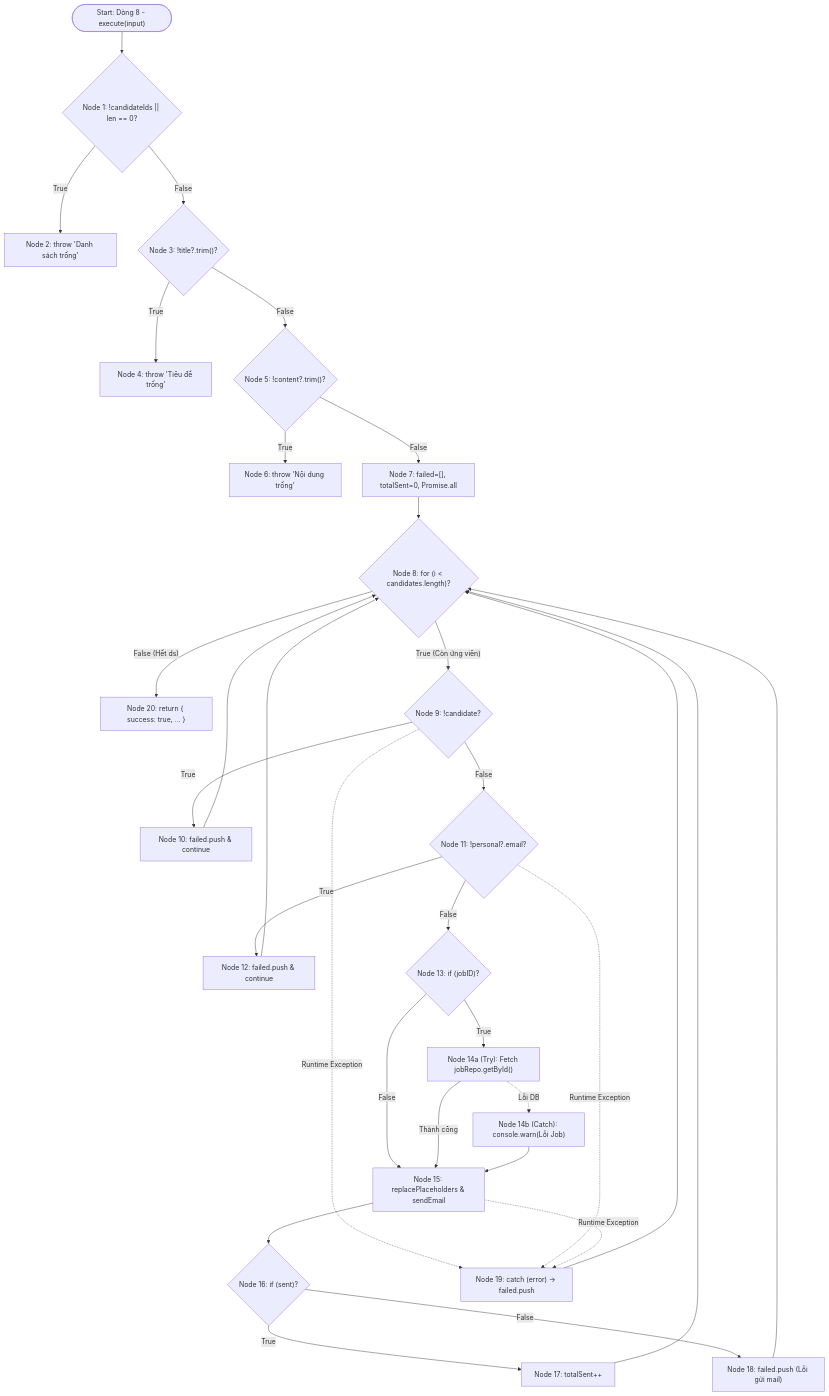
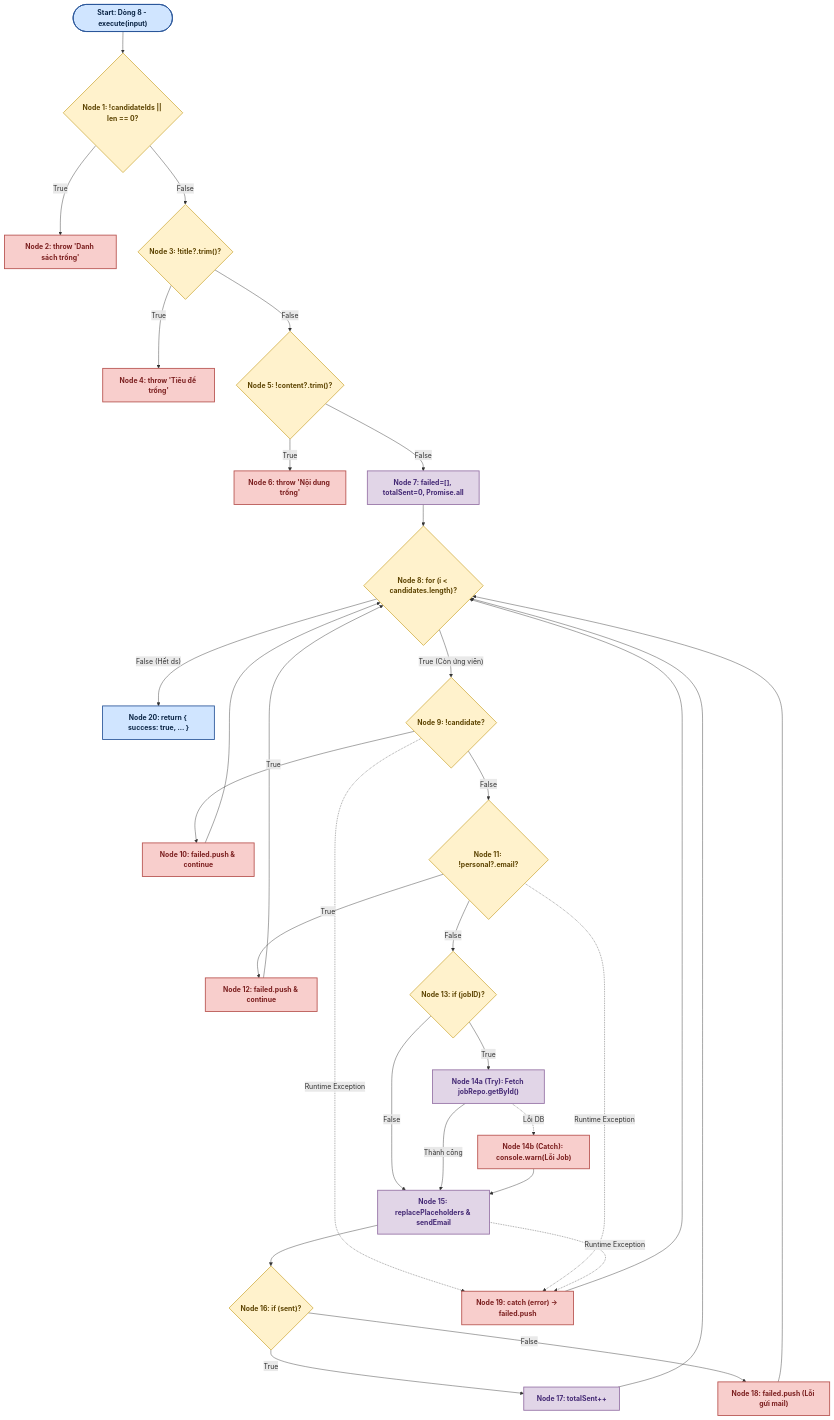
Before and after one commit to pvhung2112/cse462-testing: the first of 2 diagrams in hop-trang/KiemThuHopTrang_UC09_TuDongHoaGuiEmail.md, drawn with Mermaid. The commit also changed other lines of this file and 5 other files, not shown here.

Commit message:
feat(uc09): them do thi CFG C1/C2 va C3 truc quan, phan ra Node 1a/1b va styled Mermaid tren GitHub

````diff
--- a/hop-trang/KiemThuHopTrang_UC09_TuDongHoaGuiEmail.md
+++ b/hop-trang/KiemThuHopTrang_UC09_TuDongHoaGuiEmail.md
@@ -181,46 +183,52 @@
 ```mermaid
 flowchart TD
-    Start(["Start: Dòng 8 - execute(input)"]) --> N1{"Node 1: !candidateIds || len == 0?"}
+    %% Định nghĩa bảng màu trực quan chuẩn kiểm thử đồ thị
+    classDef startEnd fill:#D0E5FF,stroke:#2B579A,stroke-width:2px,color:#0B2545,font-weight:bold;
+    classDef decision fill:#FFF2CC,stroke:#D6B656,stroke-width:2px,color:#5C4300,font-weight:bold;
+    classDef process fill:#E1D5E7,stroke:#9673A6,stroke-width:2px,color:#432874,font-weight:bold;
+    classDef exception fill:#F8CECC,stroke:#B85450,stroke-width:2px,color:#7A1E1E,font-weight:bold;
+
+    Start(["Start: Dòng 8 - execute(input)"]):::startEnd --> N1{"Node 1: !candidateIds || len == 0?"}:::decision
     
-    N1 -- "True" --> N2["Node 2: throw 'Danh sách trống'"]
-    N1 -- "False" --> N3{"Node 3: !title?.trim()?"}
+    N1 -- "True" --> N2["Node 2: throw 'Danh sách trống'"]:::exception
+    N1 -- "False" --> N3{"Node 3: !title?.trim()?"}:::decision
     
-    N3 -- "True" --> N4["Node 4: throw 'Tiêu đề trống'"]
-    N3 -- "False" --> N5{"Node 5: !content?.trim()?"}
+    N3 -- "True" --> N4["Node 4: throw 'Tiêu đề trống'"]:::exception
+    N3 -- "False" --> N5{"Node 5: !content?.trim()?"}:::decision
     
-    N5 -- "True" --> N6["Node 6: throw 'Nội dung trống'"]
-    N5 -- "False" --> N7["Node 7: failed=[], totalSent=0, Promise.all"]
+    N5 -- "True" --> N6["Node 6: throw 'Nội dung trống'"]:::exception
+    N5 -- "False" --> N7["Node 7: failed=[], totalSent=0, Promise.all"]:::process
     
-    N7 --> N8{"Node 8: for (i < candidates.length)?"}
+    N7 --> N8{"Node 8: for (i < candidates.length)?"}:::decision
     
-    N8 -- "False (Hết ds)" --> N20["Node 20: return { success: true, ... }"]
-    N8 -- "True (Còn ứng viên)" --> N9{"Node 9: !candidate?"}
+    N8 -- "False (Hết ds)" --> N20["Node 20: return { success: true, ... }"]:::startEnd
+    N8 -- "True (Còn ứng viên)" --> N9{"Node 9: !candidate?"}:::decision
     
-    N9 -- "True" --> N10["Node 10: failed.push & continue"]
+    N9 -- "True" --> N10["Node 10: failed.push & continue"]:::exception
     N10 --> N8
     
-    N9 -- "False" --> N11{"Node 11: !personal?.email?"}
-    N11 -- "True" --> N12["Node 12: failed.push & continue"]
+    N9 -- "False" --> N11{"Node 11: !personal?.email?"}:::decision
+    N11 -- "True" --> N12["Node 12: failed.push & continue"]:::exception
     N12 --> N8
     
-    N11 -- "False" --> N13{"Node 13: if (jobID)?"}
-    N13 -- "True" --> N14a["Node 14a (Try): Fetch jobRepo.getById()"]
-    N13 -- "False" --> N15["Node 15: replacePlaceholders & sendEmail"]
+    N11 -- "False" --> N13{"Node 13: if (jobID)?"}:::decision
+    N13 -- "True" --> N14a["Node 14a (Try): Fetch jobRepo.getById()"]:::process
+    N13 -- "False" --> N15["Node 15: replacePlaceholders & sendEmail"]:::process
     
     N14a -- "Thành công" --> N15
-    N14a -. "Lỗi DB" .-> N14b["Node 14b (Catch): console.warn(Lỗi Job)"]
+    N14a -. "Lỗi DB" .-> N14b["Node 14b (Catch): console.warn(Lỗi Job)"]:::exception
     N14b --> N15
     
-    N15 --> N16{"Node 16: if (sent)?"}
+    N15 --> N16{"Node 16: if (sent)?"}:::decision
     
-    N16 -- "True" --> N17["Node 17: totalSent++"]
-    N16 -- "False" --> N18["Node 18: failed.push (Lỗi gửi mail)"]
+    N16 -- "True" --> N17["Node 17: totalSent++"]:::process
+    N16 -- "False" --> N18["Node 18: failed.push (Lỗi gửi mail)"]:::exception
     
     N17 --> N8
     N18 --> N8
     
-    N9 -. "Runtime Exception" .-> N19["Node 19: catch (error) -> failed.push"]
+    N9 -. "Runtime Exception" .-> N19["Node 19: catch (error) -> failed.push"]:::exception
     N11 -. "Runtime Exception" .-> N19
     N15 -. "Runtime Exception" .-> N19
     N19 --> N8
 ```
````
